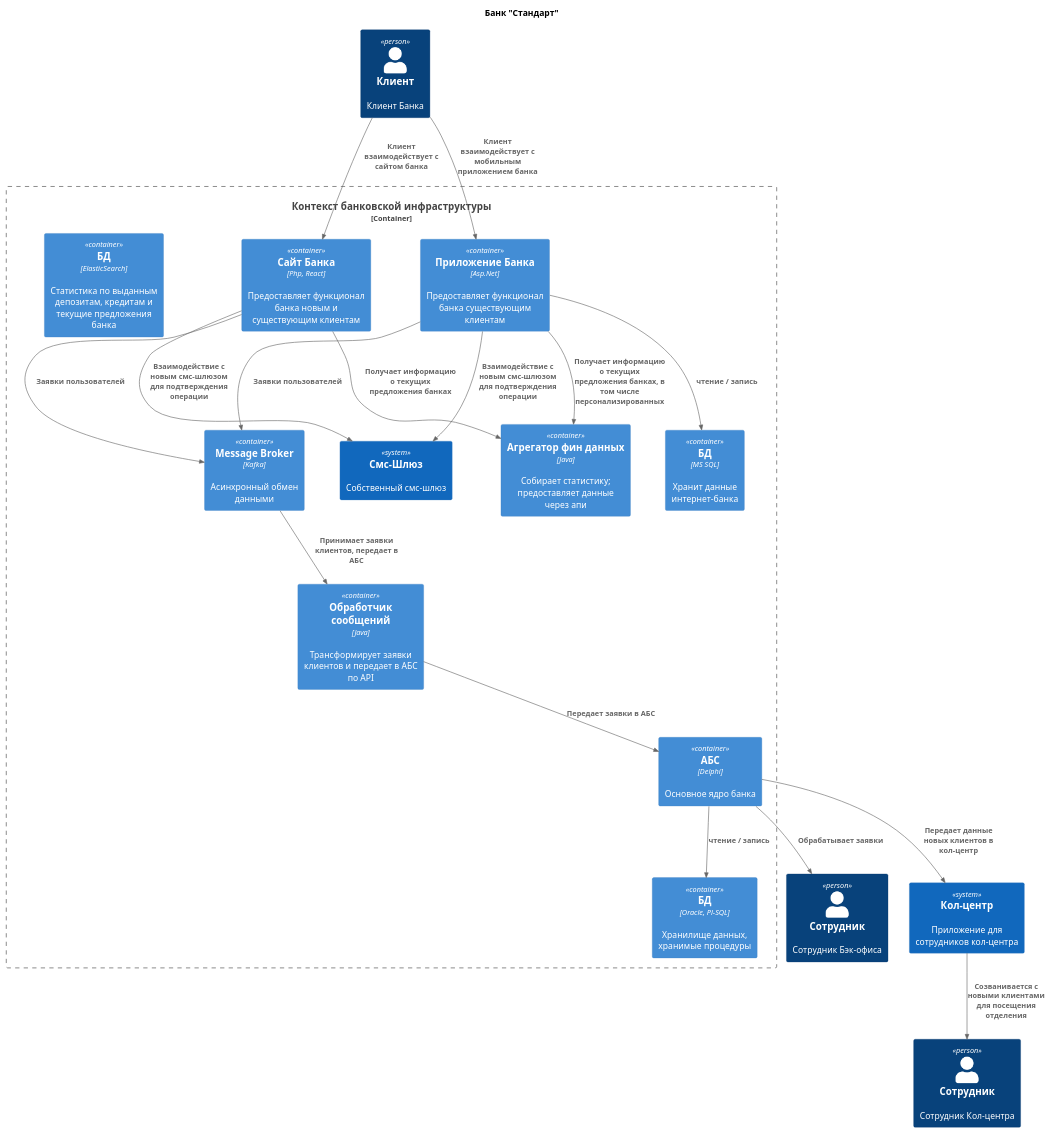
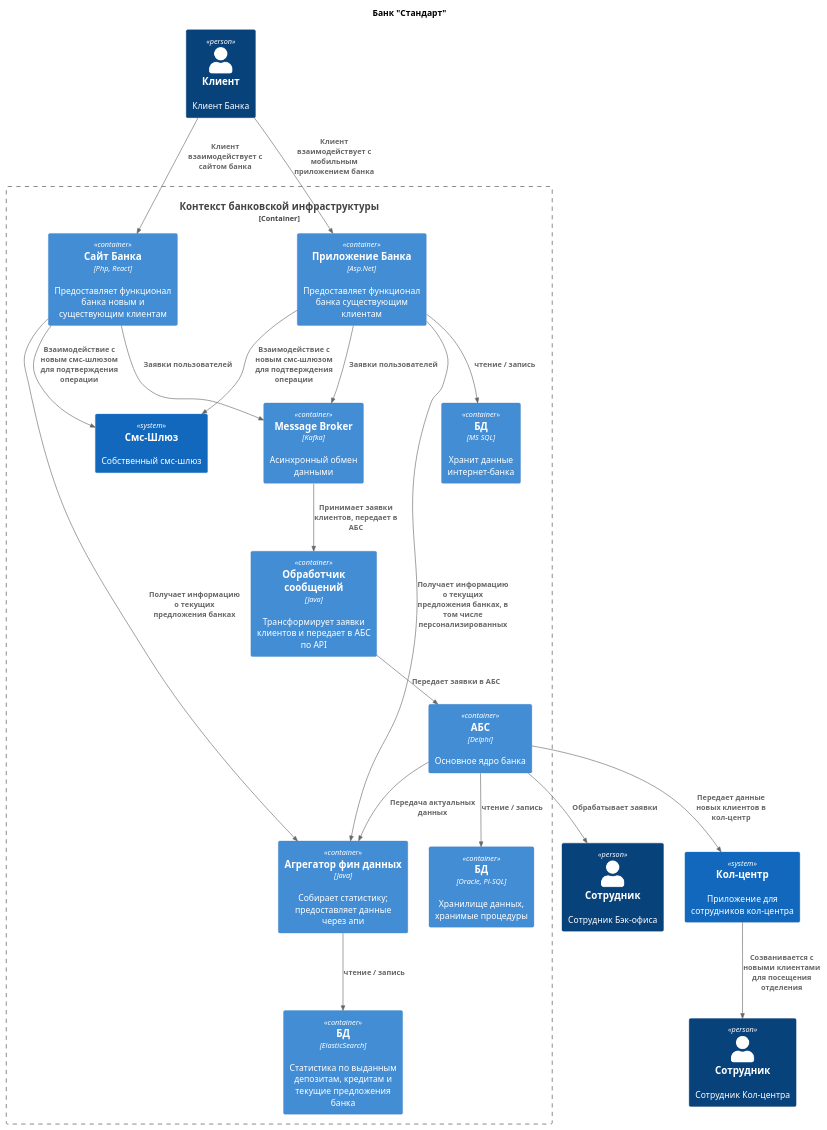
Before and after one commit to evsi92/architecture-standart: the diagram in Task3/Task3_Container.puml, drawn with PlantUML. The commit also changed 5 other files, not shown here.

Commit message:
Task4 added roadmap

```diff
--- a/Task3/Task3_Container.puml
+++ b/Task3/Task3_Container.puml
@@ -1,51 +1,53 @@
 @startuml
 title Банк "Стандарт"
 
 top to bottom direction
 
 !includeurl https://raw.githubusercontent.com/RicardoNiepel/C4-PlantUML/master/C4_Component.puml
 
 Person(user, "Клиент", "Клиент Банка")
 Person(backOfficeWorker, "Сотрудник", "Сотрудник Бэк-офиса")
 Person(callCenterWorker, "Сотрудник", "Сотрудник Кол-центра")
 
 Container_Boundary(BankingContext, "Контекст банковской инфраструктуры") {
   Container(site, "Сайт Банка", "Php, React", "Предоставляет функционал банка новым и существующим клиентам")
   Container(application, "Приложение Банка", "Asp.Net", "Предоставляет функционал банка существующим клиентам")
   Container(msSql, "БД", "MS SQL", "Хранит данные интернет-банка")
   Container(kafka, "Message Broker", "Kafka", "Асинхронный обмен данными")
 
   Container(aggregatorFinanceData, "Агрегатор фин данных", "Java", "Собирает статистику; предоставляет данные через апи")
   Container(elastic, "БД", "ElasticSearch", "Статистика по выданным депозитам, кредитам и текущие предложения банка")
 
   System(smsGateway, "Смс-Шлюз", "Собственный смс-шлюз")
   Container(messageHandler, "Обработчик сообщений", "Java", "Трансформирует заявки клиентов и передает в АБС по API")
   Container(abc, "АБС", "Delphi","Основное ядро банка")
   Container(oracle, "БД", "Oracle, Pl-SQL","Хранилище данных, хранимые процедуры")
 
 }
 
 System(callCenter, "Кол-центр", "Приложение для сотрудников кол-центра")
 
 Rel(user, site, "Клиент взаимодействует с сайтом банка")
 Rel(user, application, "Клиент взаимодействует с мобильным приложением банка")
 
 Rel(application, msSql,"чтение / запись")
 
 Rel(application, kafka,"Заявки пользователей")
 Rel(site, kafka,"Заявки пользователей")
 
 Rel(application, aggregatorFinanceData,"Получает информацию о текущих предложения банках, в том числе персонализированных")
 Rel(site, aggregatorFinanceData,"Получает информацию о текущих предложения банках")
+Rel(aggregatorFinanceData, elastic,"чтение / запись")
+Rel(abc, aggregatorFinanceData,"Передача актуальных данных")
 
 Rel(site, smsGateway,"Взаимодействие с новым смс-шлюзом для подтверждения операции")
 Rel(application, smsGateway,"Взаимодействие с новым смс-шлюзом для подтверждения операции")
 
 Rel(kafka, messageHandler,"Принимает заявки клиентов, передает в АБС")
 Rel(messageHandler, abc,"Передает заявки в АБС")
 Rel(abc, oracle,"чтение / запись")
 
 Rel(abc, backOfficeWorker,"Обрабатывает заявки")
 Rel(abc, callCenter,"Передает данные новых клиентов в кол-центр")
 Rel(callCenter,callCenterWorker,"Созванивается с новыми клиентами для посещения отделения")
 @enduml
```
